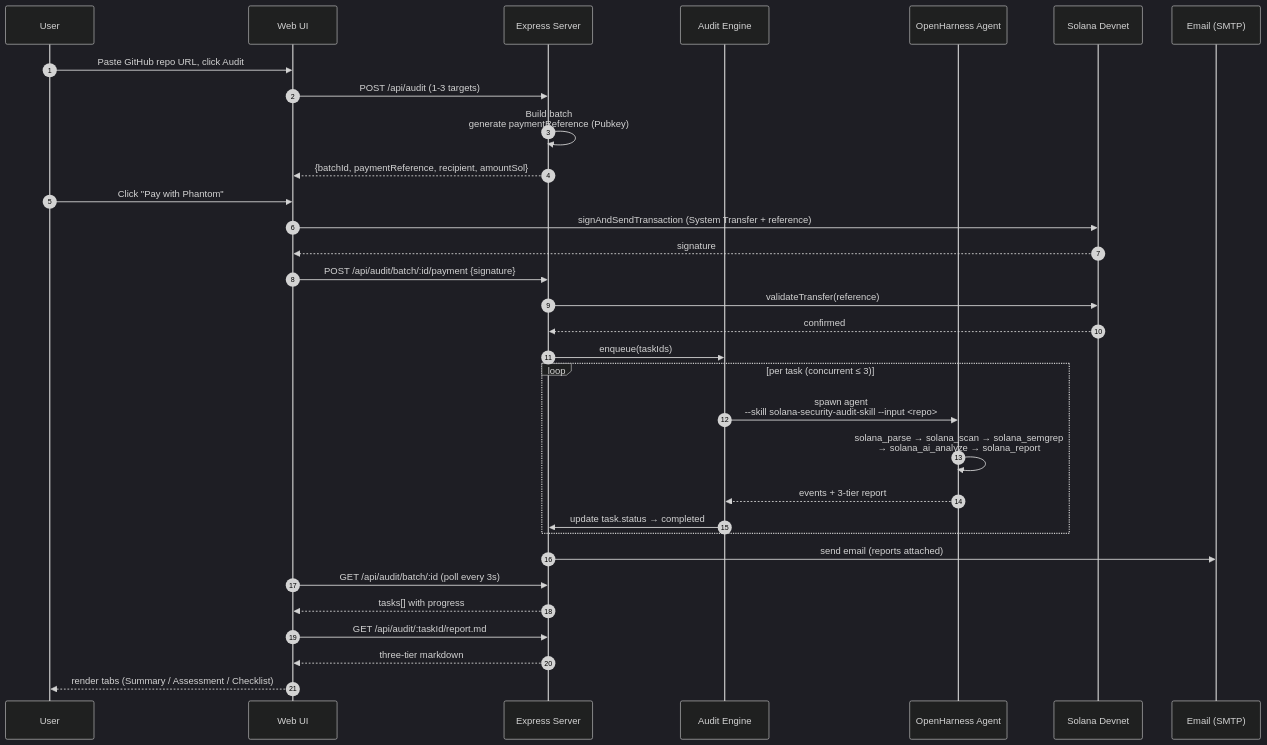
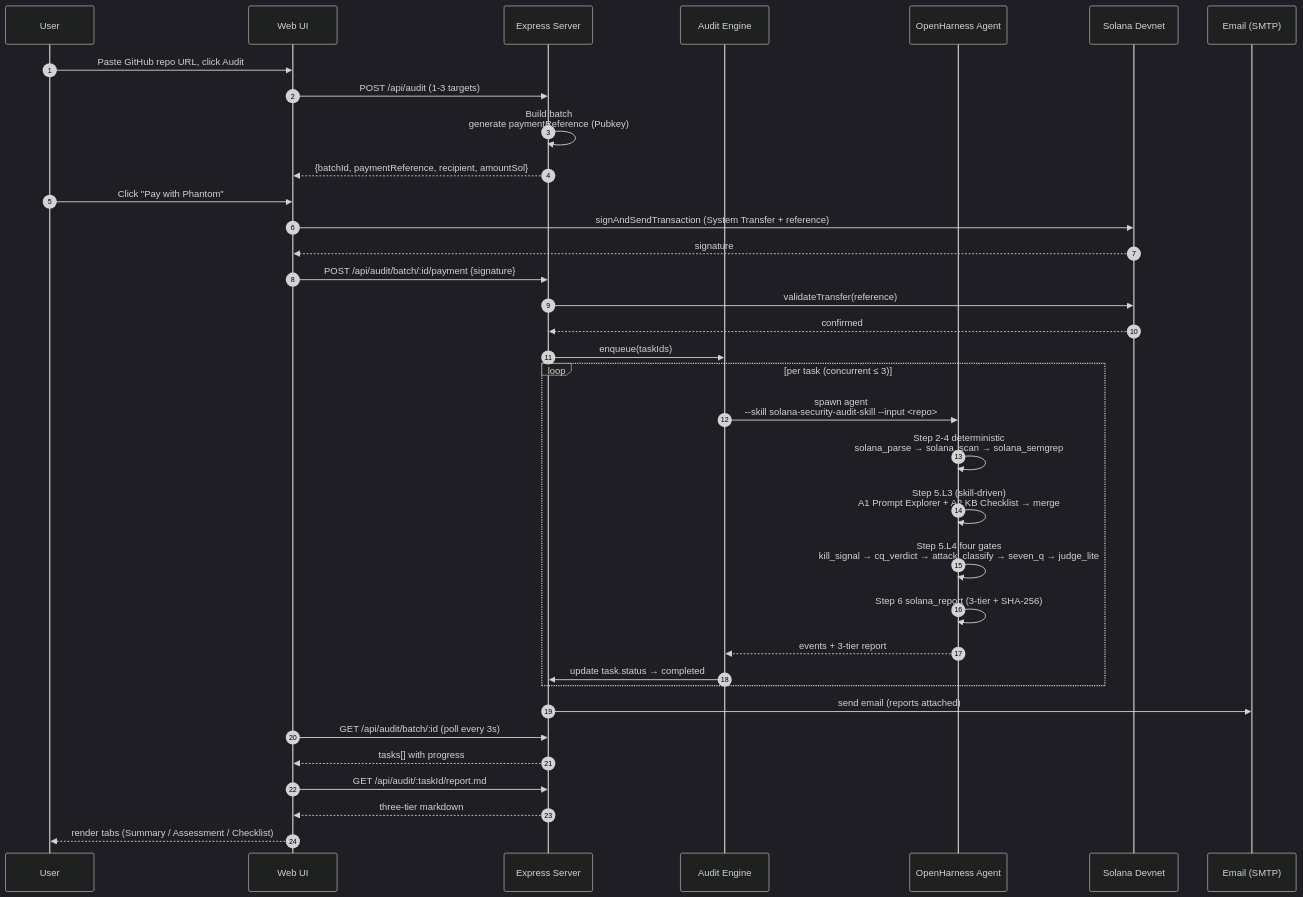
One commit to Keybird0/SolGuard changed the second of 2 diagrams in docs/ARCHITECTURE.md. Above: the diagram before and after it, drawn with Mermaid (dark theme). The commit also changed other lines of this file and 25 other files, not shown here.

````diff
--- a/docs/ARCHITECTURE.md
+++ b/docs/ARCHITECTURE.md
@@ -55,37 +74,40 @@
 ```mermaid
 sequenceDiagram
     autonumber
     participant U as User
     participant UI as Web UI
     participant S as Express Server
     participant E as Audit Engine
     participant A as OpenHarness Agent
     participant C as Solana Devnet
     participant M as Email (SMTP)
 
     U->>UI: Paste GitHub repo URL, click Audit
     UI->>S: POST /api/audit (1-3 targets)
     S->>S: Build batch<br/>generate paymentReference (Pubkey)
     S-->>UI: {batchId, paymentReference, recipient, amountSol}
     U->>UI: Click "Pay with Phantom"
     UI->>C: signAndSendTransaction (System Transfer + reference)
     C-->>UI: signature
     UI->>S: POST /api/audit/batch/:id/payment {signature}
     S->>C: validateTransfer(reference)
     C-->>S: confirmed
     S->>E: enqueue(taskIds)
 
     loop per task (concurrent ≤ 3)
         E->>A: spawn agent<br/>--skill solana-security-audit-skill --input <repo>
-        A->>A: solana_parse → solana_scan → solana_semgrep<br/>→ solana_ai_analyze → solana_report
+        A->>A: Step 2-4 deterministic<br/>solana_parse → solana_scan → solana_semgrep
+        A->>A: Step 5.L3 (skill-driven)<br/>A1 Prompt Explorer + A2 KB Checklist → merge
+        A->>A: Step 5.L4 four gates<br/>kill_signal → cq_verdict → attack_classify → seven_q → judge_lite
+        A->>A: Step 6 solana_report (3-tier + SHA-256)
         A-->>E: events + 3-tier report
         E->>S: update task.status → completed
     end
 
     S->>M: send email (reports attached)
     UI->>S: GET /api/audit/batch/:id (poll every 3s)
     S-->>UI: tasks[] with progress
     UI->>S: GET /api/audit/:taskId/report.md
     S-->>UI: three-tier markdown
     UI-->>U: render tabs (Summary / Assessment / Checklist)
 ```
````
